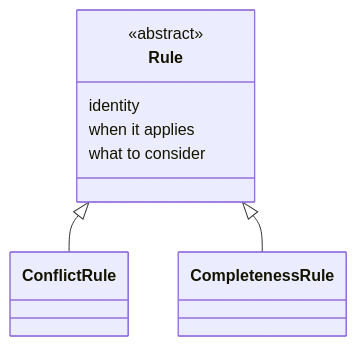
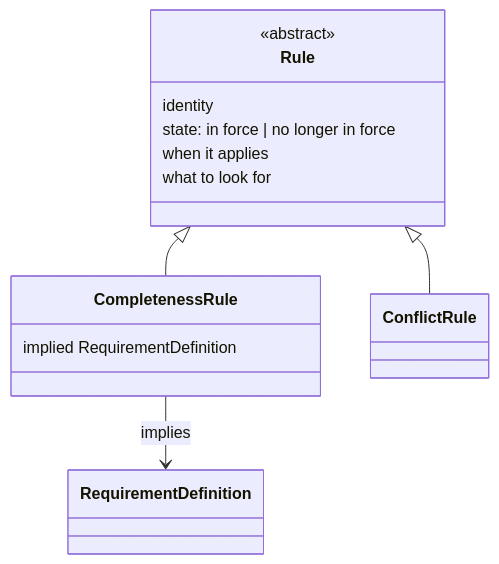
Before and after one commit to szantob/ProjectML: the first of 2 diagrams in spec/03-project-lifecycle-model.md, drawn with Mermaid. The commit also changed other lines of this file, not shown here.

Commit message:
Redraw the Rule class diagram and add one for what each firing produces

````diff
--- a/spec/03-project-lifecycle-model.md
+++ b/spec/03-project-lifecycle-model.md
@@ -83,11 +83,16 @@
 ```mermaid
 classDiagram
     class Rule {
         <<abstract>>
         identity
+        state: in force | no longer in force
         when it applies
-        what to consider
+        what to look for
+    }
+    class CompletenessRule {
+        implied RequirementDefinition
     }
     Rule <|-- ConflictRule
     Rule <|-- CompletenessRule
+    CompletenessRule --> RequirementDefinition : implies
 ```
````
